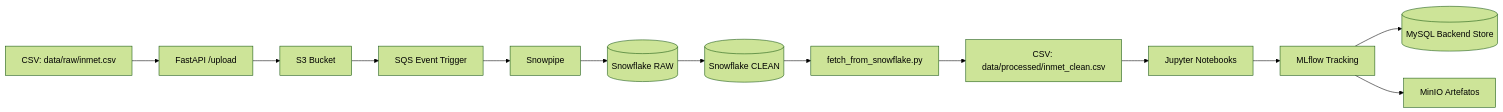
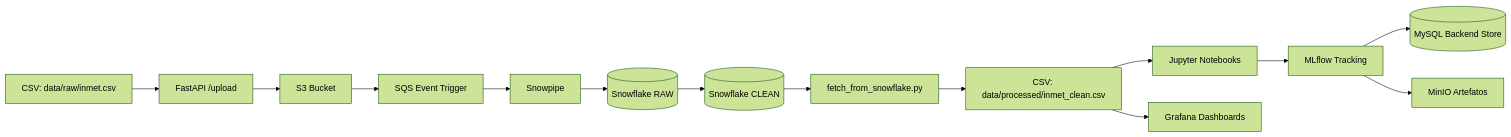
Before and after one commit to mesa-6/avd-project: the diagram in README.md, drawn with Mermaid (forest theme). The commit also changed other lines of this file, not shown here.

````diff
--- a/README.md
+++ b/README.md
@@ -197,28 +205,31 @@
 ```mermaid
 flowchart LR
 
     %% ====== Files ======
     A[CSV: data/raw/inmet.csv] --> B
 
     %% ====== Ingestion API ======
     B[FastAPI /upload] --> C
 
     %% ====== AWS Layer ======
     C[S3 Bucket] --> D[SQS Event Trigger]
     D --> E[Snowpipe]
 
     %% ====== Snowflake ======
     E --> F[(Snowflake RAW)]
     F --> G[(Snowflake CLEAN)]
 
     %% ====== Fetch Process ======
     G --> X[fetch_from_snowflake.py]
     X --> H[CSV: data/processed/inmet_clean.csv]
 
     %% ====== Jupyter & ML ======
     H --> J[Jupyter Notebooks]
     J --> M[MLflow Tracking]
     M --> O[(MySQL Backend Store)]
     M --> P[MinIO Artefatos]
 
+    %% ====== Visualization ======
+    H --> GR[Grafana Dashboards]
+
 ```
````
